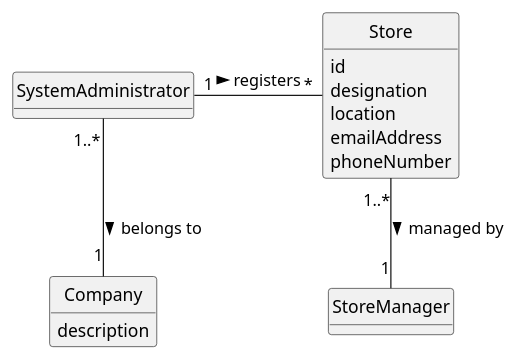
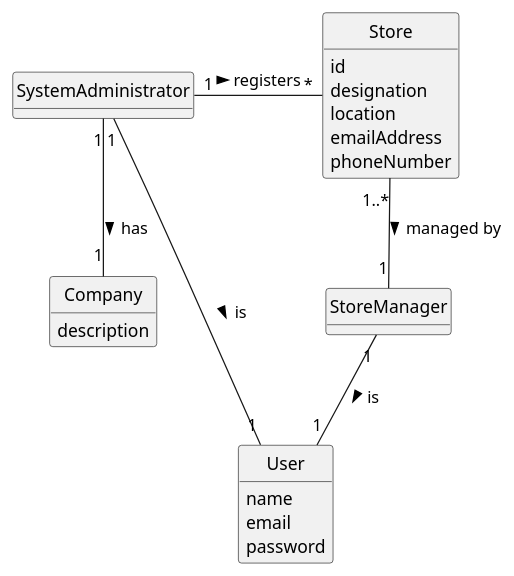
One commit to Rodrick0209/ISEP-LAPR2-22-23 changed the diagram in docs/sprintA/us005/02.analysis/puml/us005-domain-model.puml. Above: the diagram before and after it, drawn with PlantUML. The commit also changed 7 other files, not shown here.

Commit message:
US002 & US005 & Global Artifacts (Create the Domain Model of US002 and Global Artifacts, Create the Use Case Diagram)

```diff
--- a/docs/sprintA/us005/02.analysis/puml/us005-domain-model.puml
+++ b/docs/sprintA/us005/02.analysis/puml/us005-domain-model.puml
@@ -1,28 +1,36 @@
 @startuml
 skinparam monochrome true
 skinparam packageStyle rectangle
 skinparam shadowing false
 
 skinparam classAttributeIconSize 0
 
 hide circle
 hide methods
 
 
 class Store {
     id
     designation
     location
     emailAddress
     phoneNumber
 }
 
 class Company {
     description
 }
 
+class User {
+    name
+    email
+    password
+}
+
+SystemAdministrator "1" -- "1" Company : has >
 SystemAdministrator "1" - "*" Store : registers >
-SystemAdministrator "1..*" -- "1" Company : belongs to >
 Store "1..*" -- "1" StoreManager : managed by >
+SystemAdministrator "1" -- "1" User : is >
+StoreManager "1" -- "1" User : is >
 
 @enduml
```
